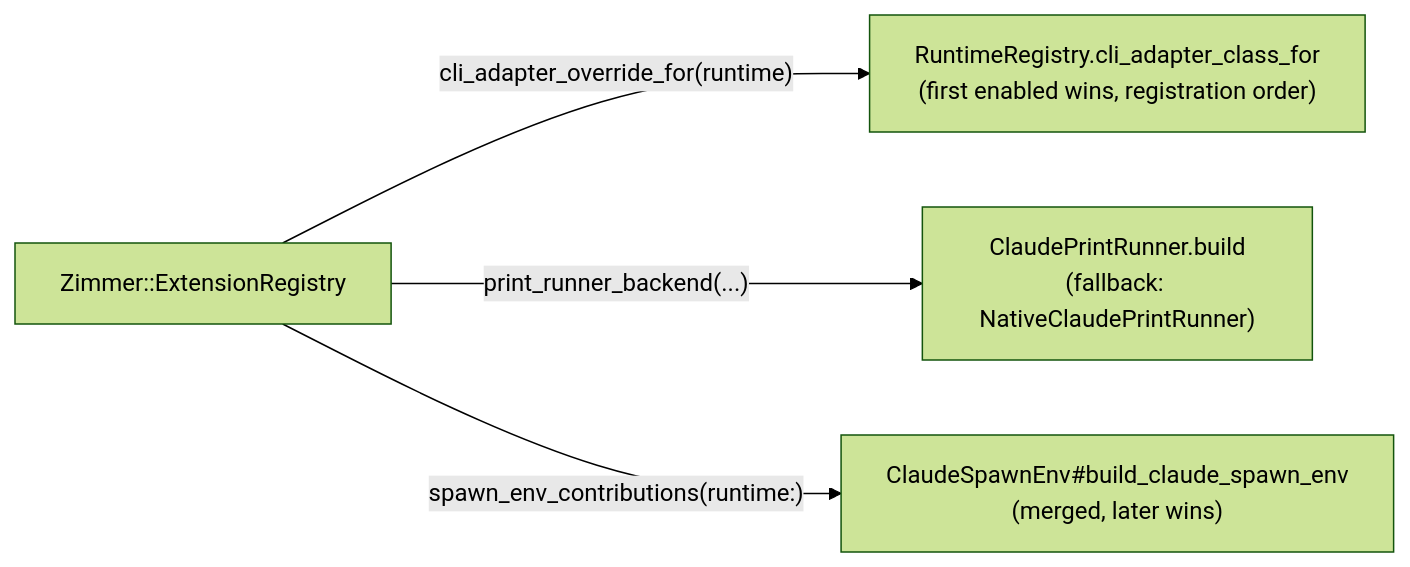
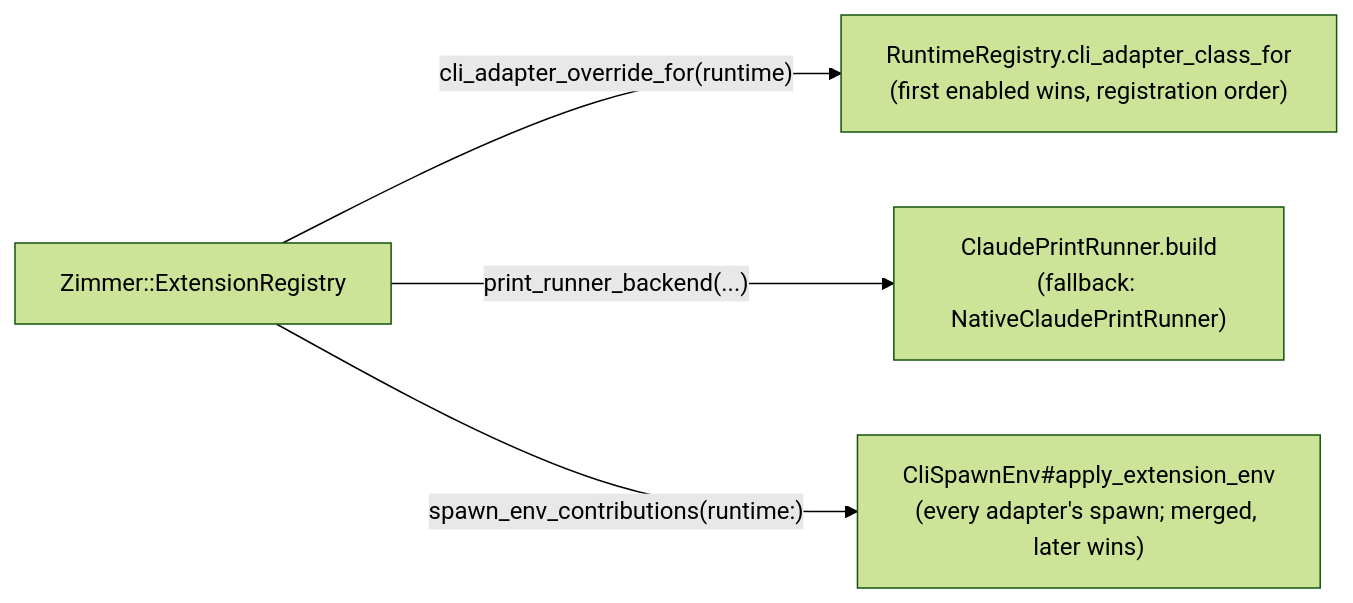
One commit to tadasant/zimmer changed the diagram in docs/src/content/docs/extend/extensions.md. Above: the diagram before and after it, drawn with Mermaid (forest theme). The commit also changed other lines of this file and 58 other files, not shown here.

````diff
--- a/docs/src/content/docs/extend/extensions.md
+++ b/docs/src/content/docs/extend/extensions.md
@@ -46,7 +46,7 @@
 ```mermaid
 flowchart LR
     E["Zimmer::ExtensionRegistry"]
     E -->|"cli_adapter_override_for(runtime)"| R["RuntimeRegistry.cli_adapter_class_for<br/>(first enabled wins, registration order)"]
     E -->|"print_runner_backend(...)"| P["ClaudePrintRunner.build<br/>(fallback: NativeClaudePrintRunner)"]
-    E -->|"spawn_env_contributions(runtime:)"| S["ClaudeSpawnEnv#build_claude_spawn_env<br/>(merged, later wins)"]
+    E -->|"spawn_env_contributions(runtime:)"| S["CliSpawnEnv#apply_extension_env<br/>(every adapter's spawn; merged, later wins)"]
 ```
````
